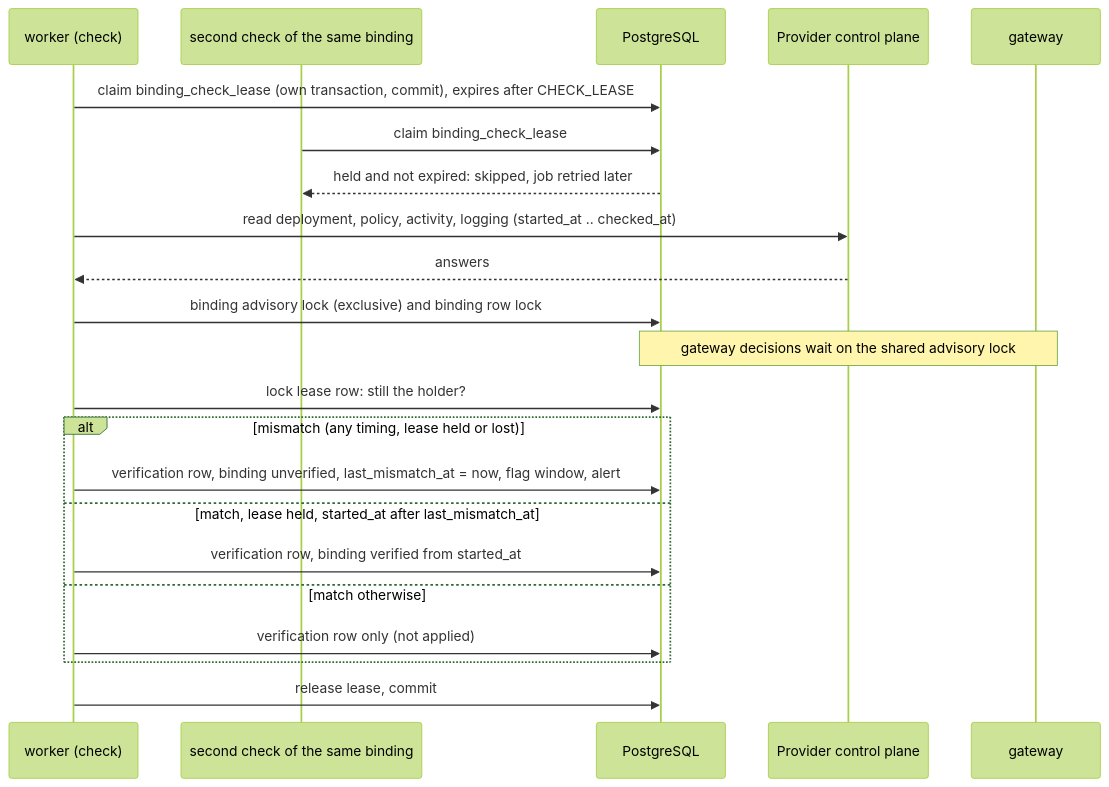
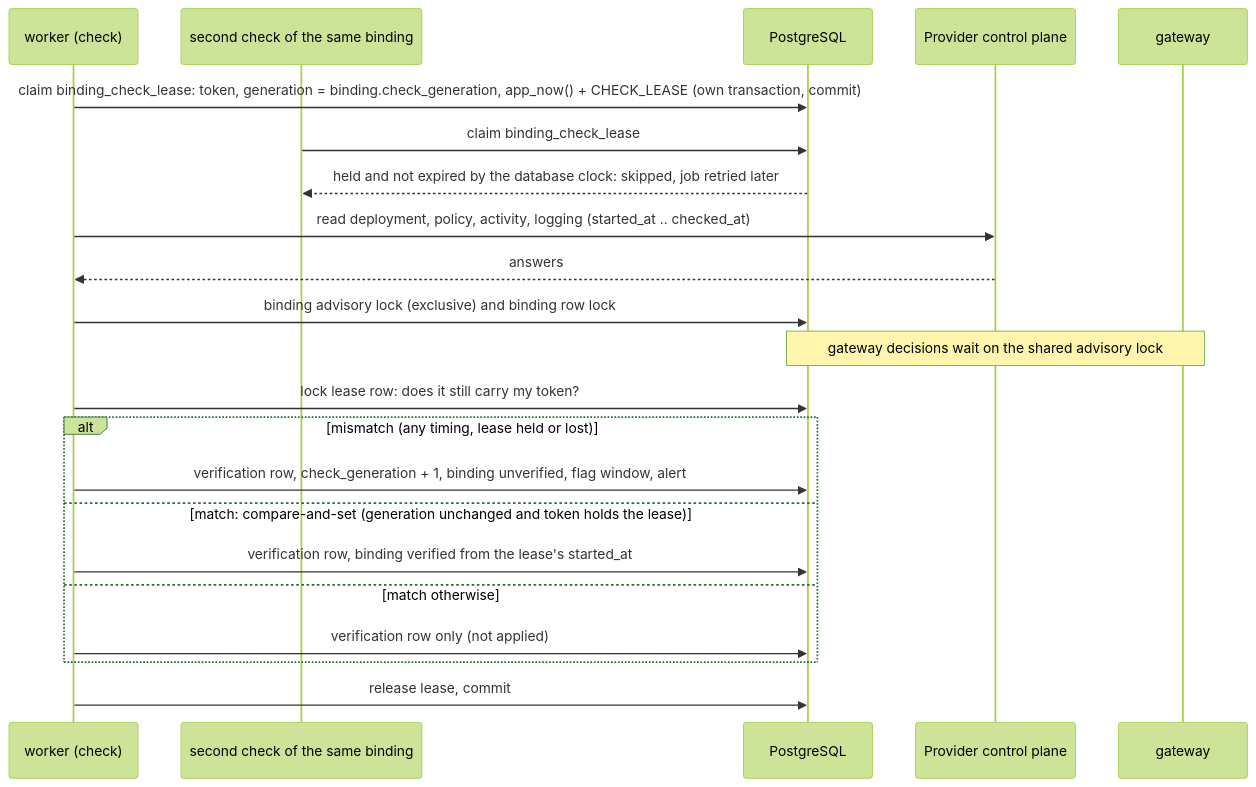
One commit to ZakriaJutt/mapleroute-ca changed the fifth of 6 diagrams in TRD.md. Above: the diagram before and after it, drawn with Mermaid (forest theme). The commit also changed other lines of this file and 13 other files, not shown here.

First line of the commit message:
B1-012: check generation and database clock replace worker clocks in the verification decision

````diff
--- a/TRD.md
+++ b/TRD.md
@@ -253,24 +253,24 @@
 ```mermaid
 sequenceDiagram
   participant W as worker (check)
   participant W2 as second check of the same binding
   participant D as PostgreSQL
   participant P as Provider control plane
   participant G as gateway
-  W->>D: claim binding_check_lease (own transaction, commit), expires after CHECK_LEASE
+  W->>D: claim binding_check_lease: token, generation = binding.check_generation, app_now() + CHECK_LEASE (own transaction, commit)
   W2->>D: claim binding_check_lease
-  D-->>W2: held and not expired: skipped, job retried later
+  D-->>W2: held and not expired by the database clock: skipped, job retried later
   W->>P: read deployment, policy, activity, logging (started_at .. checked_at)
   P-->>W: answers
   W->>D: binding advisory lock (exclusive) and binding row lock
   Note over G,D: gateway decisions wait on the shared advisory lock
-  W->>D: lock lease row: still the holder?
+  W->>D: lock lease row: does it still carry my token?
   alt mismatch (any timing, lease held or lost)
-    W->>D: verification row, binding unverified, last_mismatch_at = now, flag window, alert
-  else match, lease held, started_at after last_mismatch_at
-    W->>D: verification row, binding verified from started_at
+    W->>D: verification row, check_generation + 1, binding unverified, flag window, alert
+  else match: compare-and-set (generation unchanged and token holds the lease)
+    W->>D: verification row, binding verified from the lease's started_at
   else match otherwise
     W->>D: verification row only (not applied)
   end
   W->>D: release lease, commit
 ```
````
